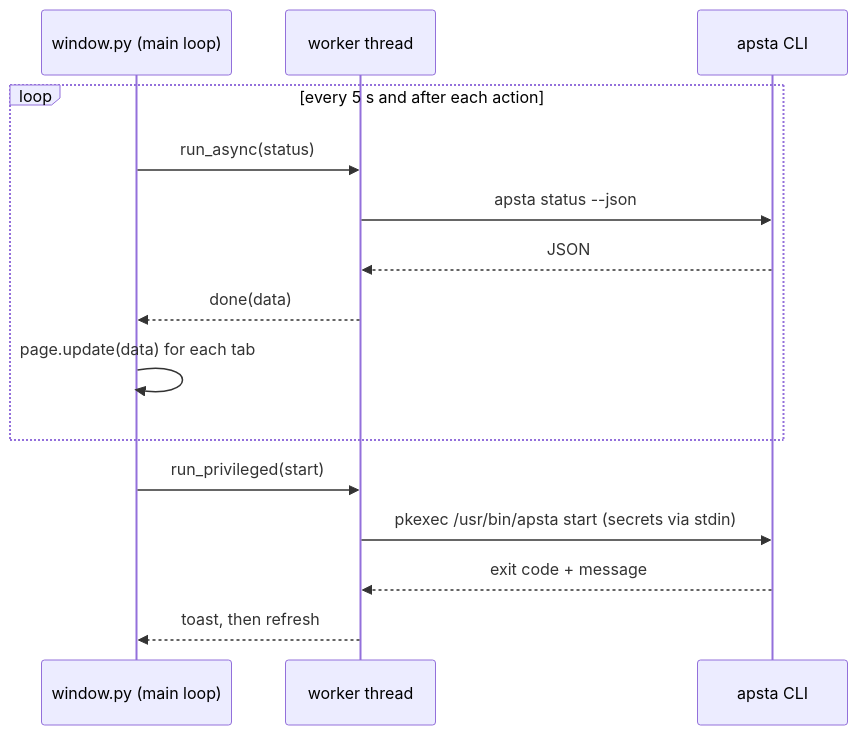
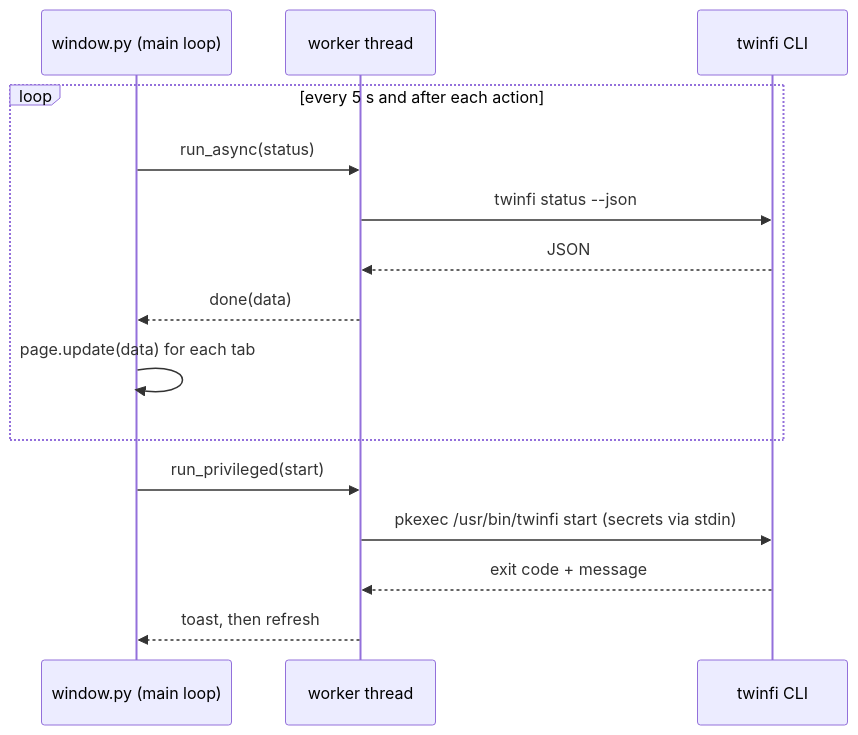
The fourth of 4 diagrams in docs/ARCHITECTURE.md (krotrn/apsta), drawn with Mermaid before and after one commit. The commit also changed other lines of this file and 204 other files, not shown here.

First line of the commit message:
feat!: rename apsta to twinfi

````diff
--- a/docs/ARCHITECTURE.md
+++ b/docs/ARCHITECTURE.md
@@ -233,17 +233,17 @@
 ```mermaid
 sequenceDiagram
     participant W as window.py (main loop)
     participant T as worker thread
-    participant C as apsta CLI
+    participant C as twinfi CLI
     loop every 5 s and after each action
         W->>T: run_async(status)
-        T->>C: apsta status --json
+        T->>C: twinfi status --json
         C-->>T: JSON
         T-->>W: done(data)
         W->>W: page.update(data) for each tab
     end
     W->>T: run_privileged(start)
-    T->>C: pkexec /usr/bin/apsta start (secrets via stdin)
+    T->>C: pkexec /usr/bin/twinfi start (secrets via stdin)
     C-->>T: exit code + message
     T-->>W: toast, then refresh
 ```
````
